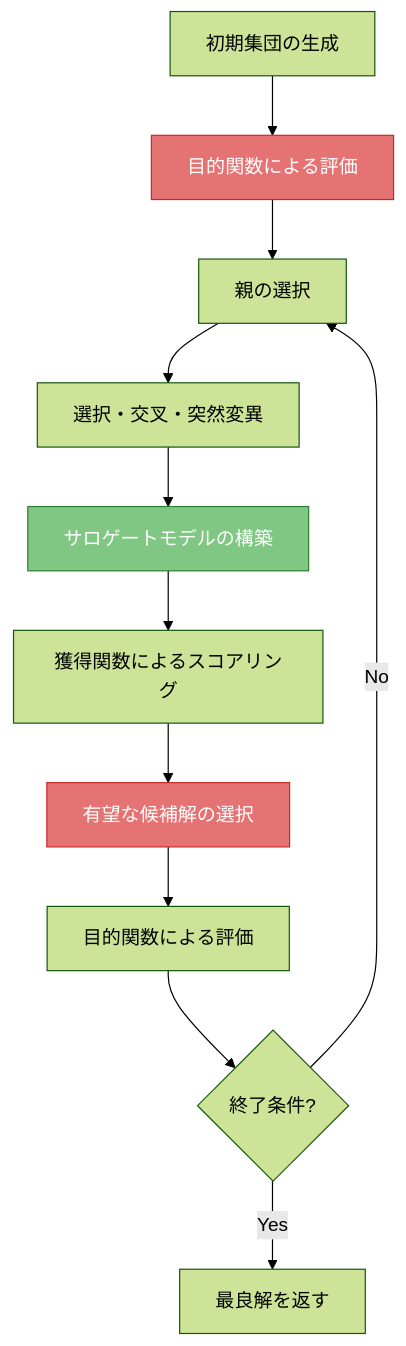
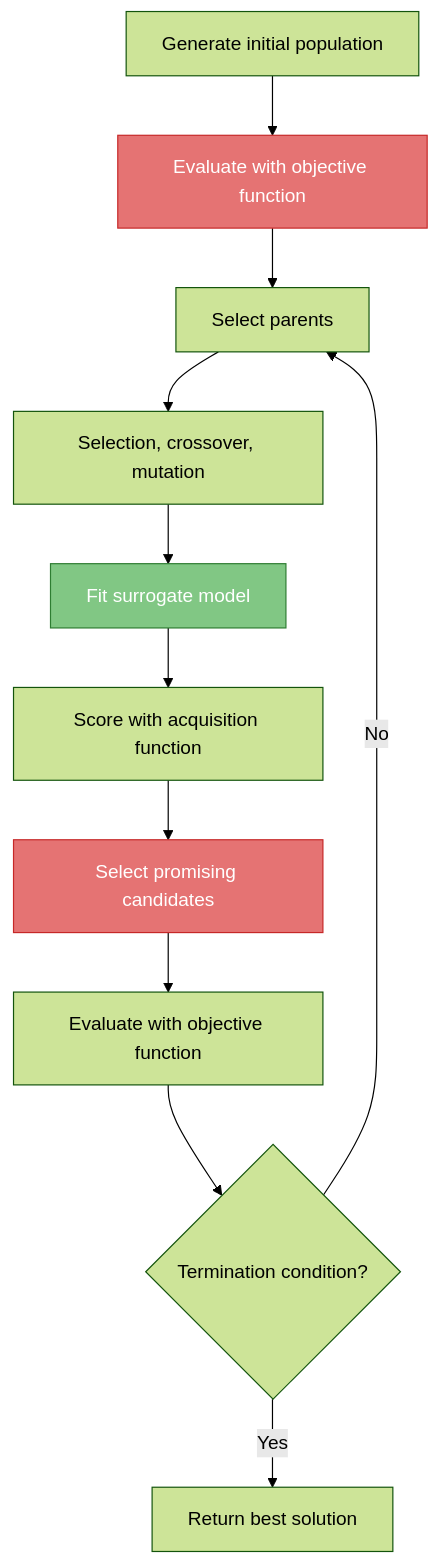
One commit to shlka/saealib changed the second of 2 diagrams in docs/getting_started/what_is_saealib.md. Above: the diagram before and after it, drawn with Mermaid (forest theme). The commit also changed other lines of this file and 177 other files, not shown here.

````diff
--- a/docs/getting_started/what_is_saealib.md
+++ b/docs/getting_started/what_is_saealib.md
@@ -34,17 +42,17 @@
 ```{mermaid}
 flowchart TD
-    A[初期集団の生成] --> B["目的関数による評価"]
-    B --> D[親の選択]
-    D --> E[選択・交叉・突然変異]
-    E --> F[サロゲートモデルの構築]
-    F --> G["獲得関数によるスコアリング"]
-    G --> H[有望な候補解の選択]
-    H --> I["目的関数による評価"]
-    I --> J{終了条件?}
+    A[Generate initial population] --> B["Evaluate with objective function"]
+    B --> D[Select parents]
+    D --> E[Selection, crossover, mutation]
+    E --> F[Fit surrogate model]
+    F --> G["Score with acquisition function"]
+    G --> H[Select promising candidates]
+    H --> I["Evaluate with objective function"]
+    I --> J{Termination condition?}
     J -- No --> D
-    J -- Yes --> K[最良解を返す]
+    J -- Yes --> K[Return best solution]
 
     style B fill:#e57373,color:#fff,stroke:#c62828
     style H fill:#e57373,color:#fff,stroke:#c62828
     style F fill:#81c784,color:#fff,stroke:#2e7d32
 ```
````
